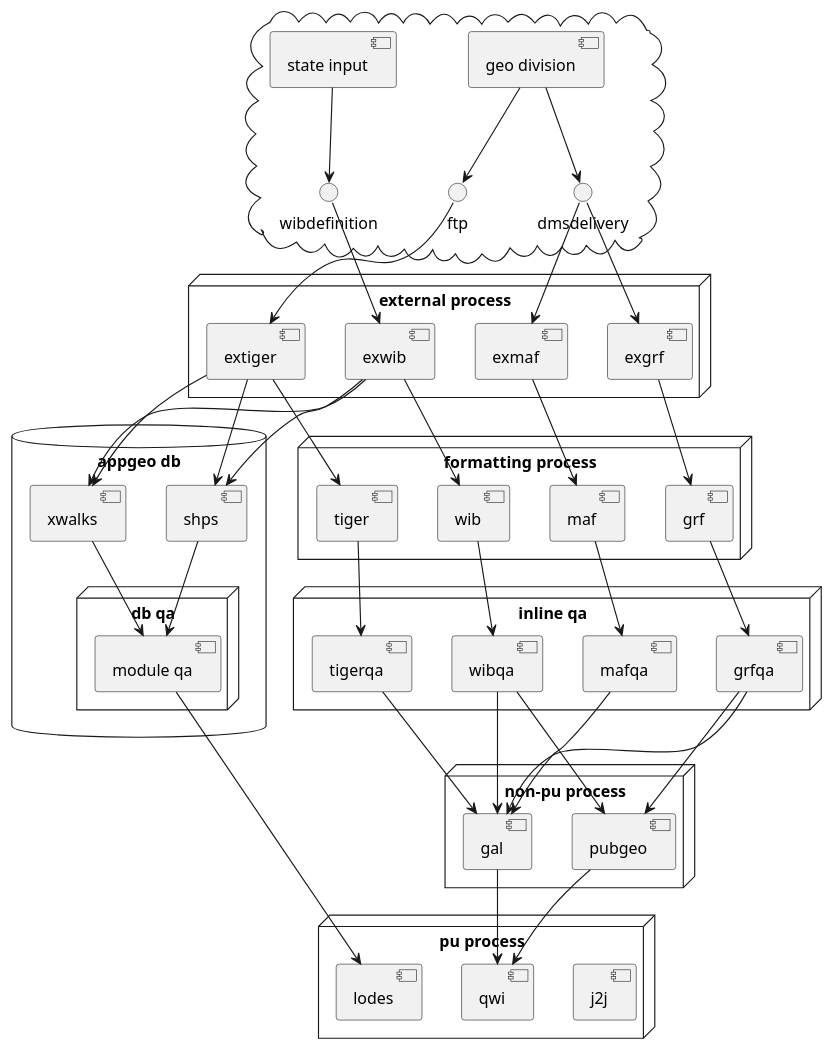
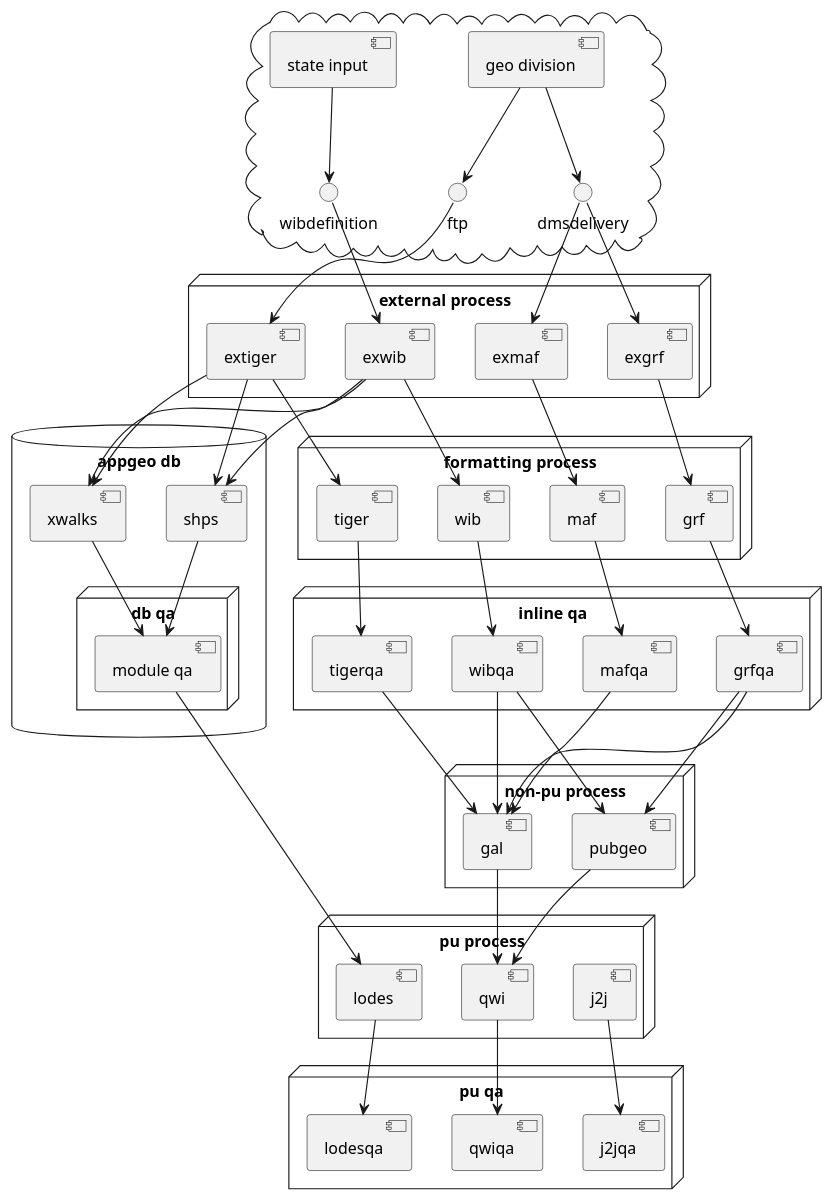
Before and after one commit to LEDApplications/geoprocessing-docs: the diagram in qa/prod-geo-qa.adoc, drawn with PlantUML.

Commit message:
add pu qa

```diff
--- a/qa/prod-geo-qa.adoc
+++ b/qa/prod-geo-qa.adoc
@@ -61,6 +61,12 @@
  [lodes]
 } 
 
+node "pu qa" {
+ [j2jqa]
+ [qwiqa]
+ [lodesqa]
+} 
+
 ftp --> [extiger]
 dmsdelivery --> [exgrf] 
 dmsdelivery --> [exmaf] 
@@ -94,5 +100,9 @@
 [pubgeo] --> [qwi]
 [module qa] --> [lodes]
 
+[lodes] --> [lodesqa]
+[qwi] --> [qwiqa]
+[j2j] --> [j2jqa]
+
 @enduml
 ....
```
